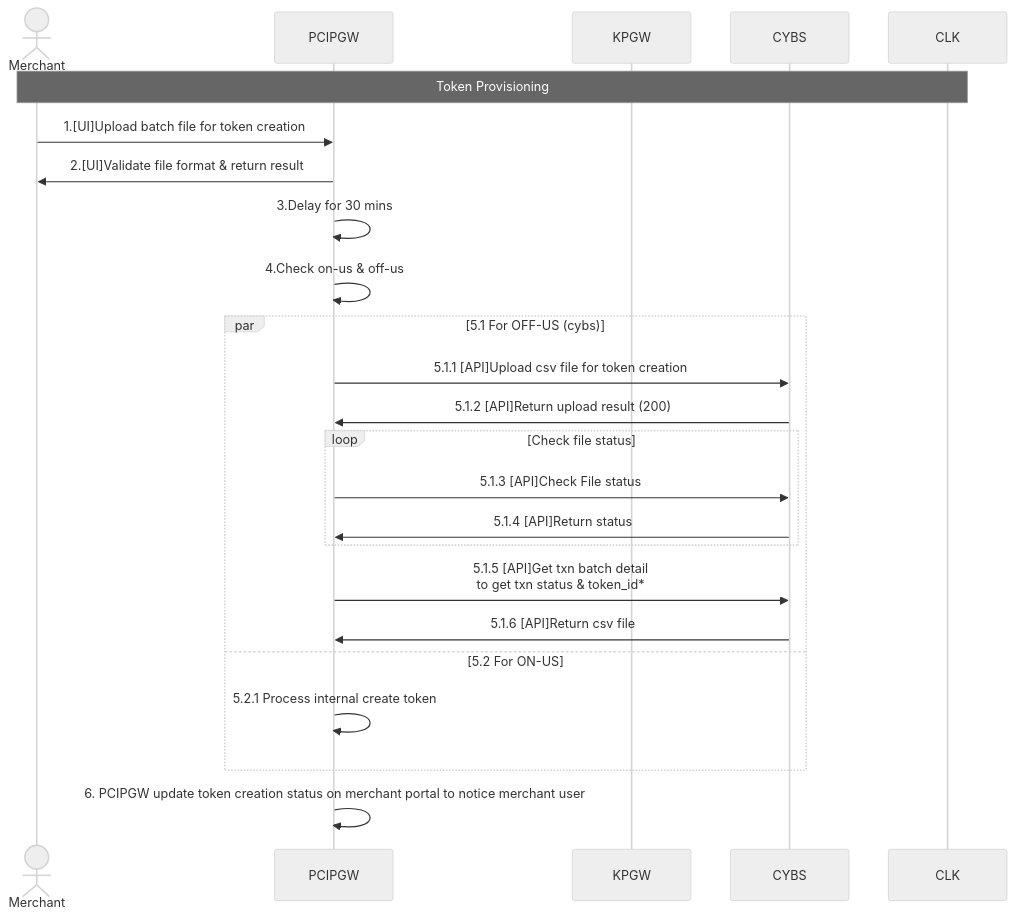
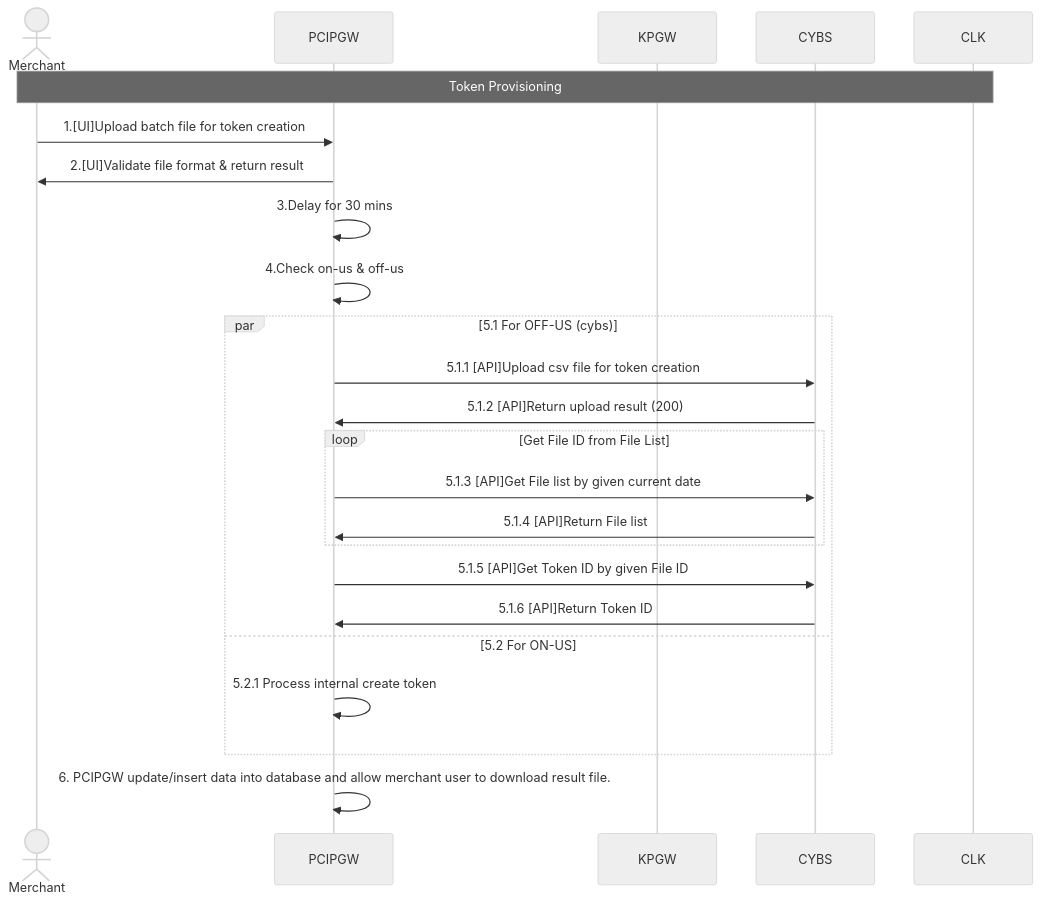
The first of 3 diagrams in RecurringTokenFlow.md (yuusuke25/MyNotes), drawn with Mermaid (neutral theme) before and after one commit.

````diff
--- a/RecurringTokenFlow.md
+++ b/RecurringTokenFlow.md
@@ -2,26 +2,26 @@
 ```mermaid
     sequenceDiagram
         Actor Merchant
         participant PCIPGW
         participant KPGW
         participant CYBS
         participant CLK
         Note over Merchant,CLK: Token Provisioning
         Merchant->>PCIPGW: 1.[UI]Upload batch file for token creation
         PCIPGW->>Merchant: 2.[UI]Validate file format & return result
         PCIPGW->>PCIPGW: 3.Delay for 30 mins 
         PCIPGW->>PCIPGW: 4.Check on-us & off-us
         par 5.1 For OFF-US (cybs)
           PCIPGW->>CYBS: 5.1.1 [API]Upload csv file for token creation
           CYBS->>PCIPGW: 5.1.2 [API]Return upload result (200)
-          Loop Check file status
-              PCIPGW->>CYBS: 5.1.3 [API]Check File status
-              CYBS->>PCIPGW: 5.1.4 [API]Return status
+          Loop Get File ID from File List
+              PCIPGW->>CYBS: 5.1.3 [API]Get File list by given current date
+              CYBS->>PCIPGW: 5.1.4 [API]Return File list
           end
-          PCIPGW->>CYBS: 5.1.5 [API]Get txn batch detail<br>to get txn status & token_id*
-          CYBS->>PCIPGW: 5.1.6 [API]Return csv file
+          PCIPGW->>CYBS: 5.1.5 [API]Get Token ID by given File ID
+          CYBS->>PCIPGW: 5.1.6 [API]Return Token ID
         and 5.2 For ON-US
           PCIPGW->>PCIPGW: 5.2.1 Process internal create token
         end
-        PCIPGW->>PCIPGW: 6. PCIPGW update token creation status on merchant portal to notice merchant user
+        PCIPGW->>PCIPGW: 6. PCIPGW update/insert data into database and allow merchant user to download result file.
 ```
````
